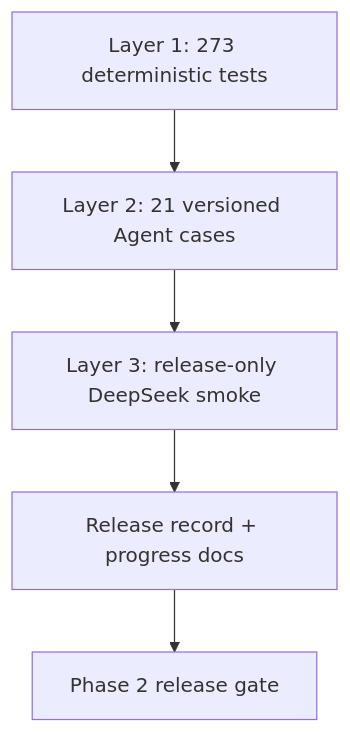
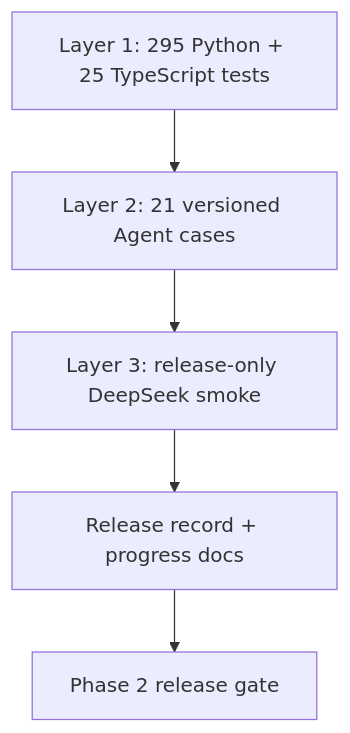
Before and after one commit to NEDONION/lobster0: the first of 4 diagrams in docs/engineering/phase-2/testing-and-debugging.md, drawn with Mermaid. The commit also changed other lines of this file and 25 other files, not shown here.

Commit message:
docs(tui): document pi-tui architecture and release gate

````diff
--- a/docs/engineering/phase-2/testing-and-debugging.md
+++ b/docs/engineering/phase-2/testing-and-debugging.md
@@ -22,7 +22,7 @@
 ```mermaid
 flowchart TB
-    UNIT["Layer 1: 273 deterministic tests"] --> OFFLINE["Layer 2: 21 versioned Agent cases"]
+    UNIT["Layer 1: 295 Python + 25 TypeScript tests"] --> OFFLINE["Layer 2: 21 versioned Agent cases"]
     OFFLINE --> LIVE["Layer 3: release-only DeepSeek smoke"]
     LIVE --> DOC["Release record + progress docs"]
     DOC --> RELEASE["Phase 2 release gate"]
 ```
````
